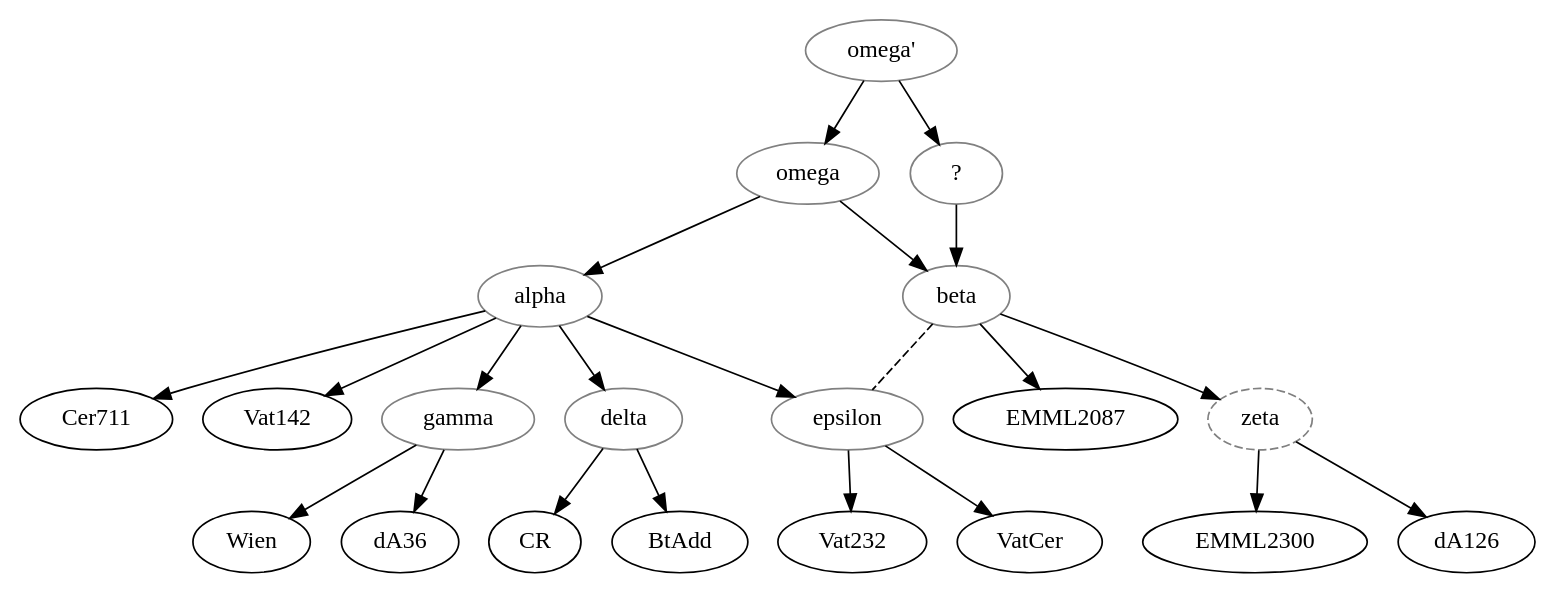
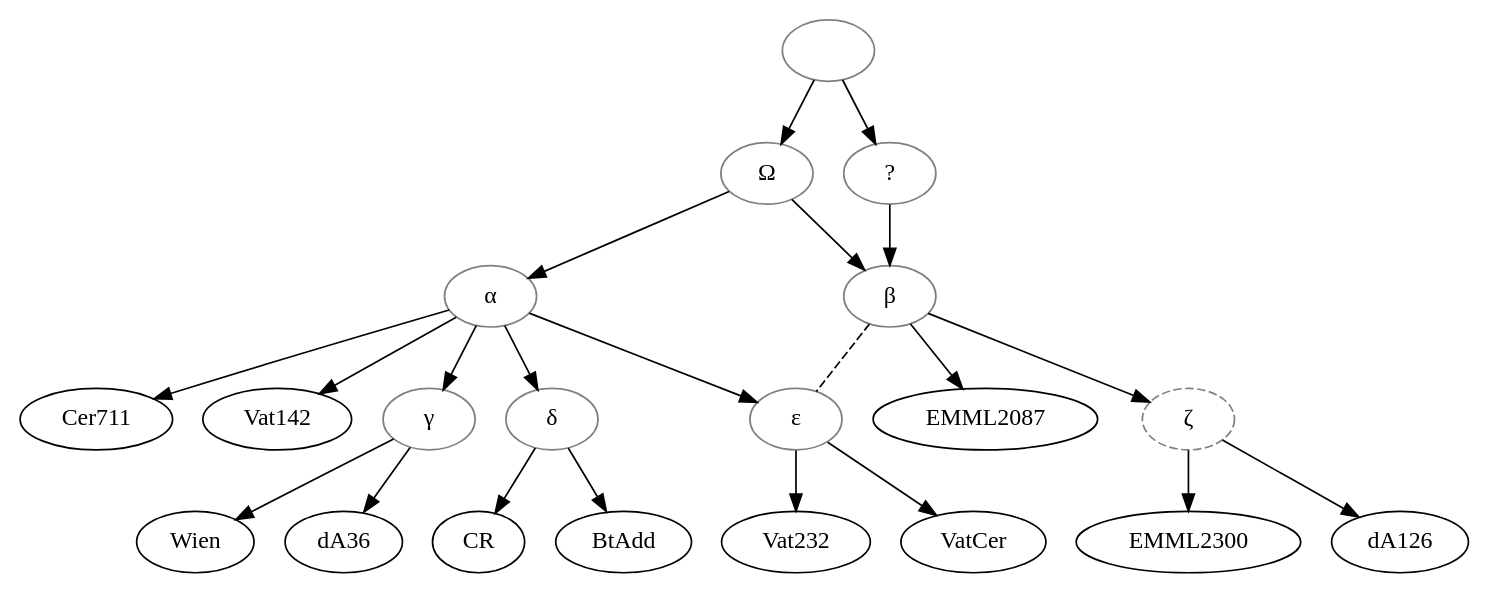
The diagram in data/gez/Marrassini_1986_GadlaGabraMenfesQeddus/stemma.gv (OpenStemmata/database), drawn with Graphviz before and after one commit. The commit also changed 16 other files, not shown here.

```diff
--- a/data/gez/Marrassini_1986_GadlaGabraMenfesQeddus/stemma.gv
+++ b/data/gez/Marrassini_1986_GadlaGabraMenfesQeddus/stemma.gv
@@ -1,36 +1,36 @@
 digraph {
 	omega_prime -> omega;
 	omega_prime -> extra_ct;
 	omega -> alpha;
 	omega -> beta;
 
 	alpha -> Cer711;
 	alpha -> Vat142;
 	alpha -> gamma;
 	gamma -> Wien;
 	gamma -> dA36;
 	alpha -> delta;
 	delta -> CR;
 	delta -> BtAdd;
 	alpha -> epsilon;
 	epsilon -> Vat232;
 	epsilon -> VatCer;
 
 	beta -> EMML2087;
 	beta -> zeta;
 	zeta -> EMML2300;
 	zeta -> dA126;
 	
 	extra_ct -> beta;
 	beta -> epsilon [style = "dashed", dir=none];
 	
-	omega_prime [color="grey", label="omega'"];
-	omega [color="grey"];
+	omega_prime [color="grey", label=""];
+	omega [color="grey", label="Ω"];
 	extra_ct [color="grey",label="?"];
-	alpha [color="grey"];
-	beta [color="grey"];
-	gamma [color="grey"];
-	delta [color="grey"];
-	epsilon [color="grey"];
-	zeta [color="grey", style="dashed"];
+	alpha [color="grey", label="α"];
+	beta [color="grey", label="β"];
+	gamma [color="grey", label="γ"];
+	delta [color="grey", label="δ"];
+	epsilon [color="grey", label="ε"];
+	zeta [color="grey", style="dashed", label="ζ"];
 }
```
